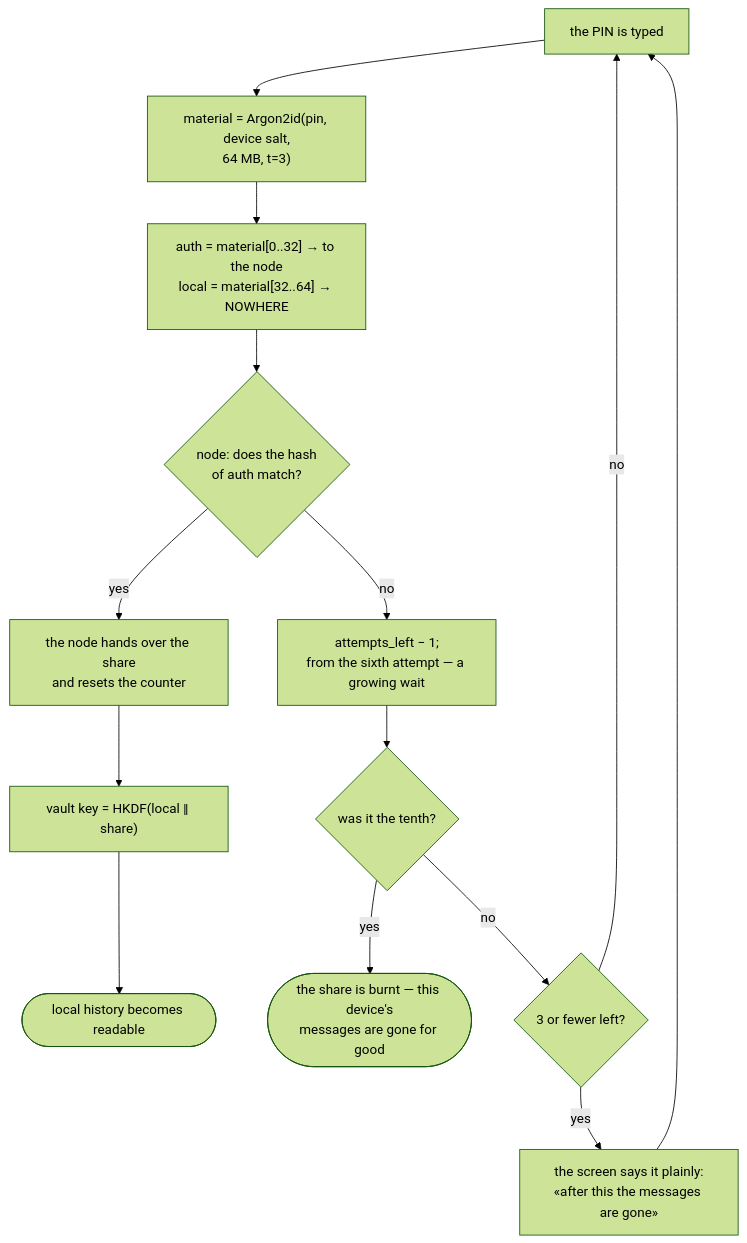
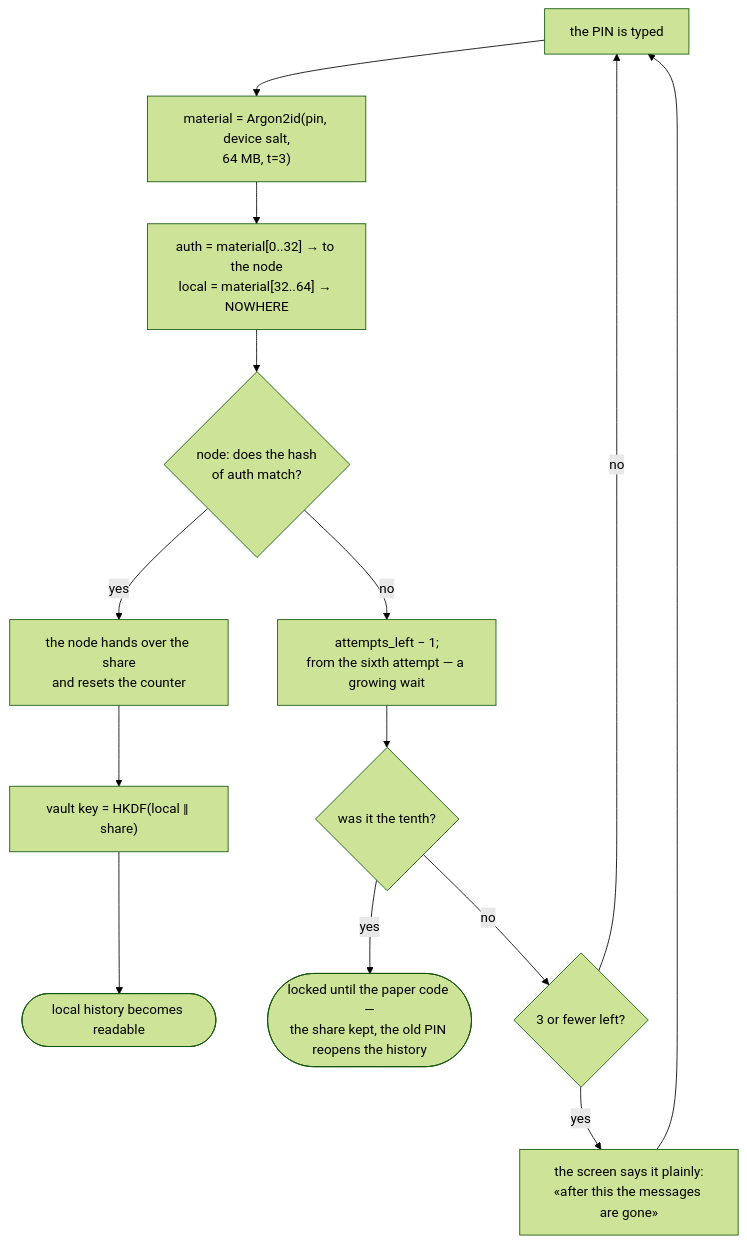
One commit to panov-id/xor.ad changed the third of 30 diagrams in docs/chat-flows_EN.md. Above: the diagram before and after it, drawn with Mermaid (forest theme). The commit also changed other lines of this file and 16 other files, not shown here.

First line of the commit message:
Lock instead of burning on the tenth PIN mistake, make the attempt one locked transaction, record why a session froze, take everything live down on the lock, cap support from a frozen session, and say the recovery pause renews under attack

````diff
--- a/docs/chat-flows_EN.md
+++ b/docs/chat-flows_EN.md
@@ -96,16 +96,16 @@
 ```mermaid
 flowchart TD
   pin["the PIN is typed"] --> argon["material = Argon2id#40;pin, device salt,<br/>64 MB, t=3#41;"]
   argon --> split["auth = material[0..32] → to the node<br/>local = material[32..64] → NOWHERE"]
   split --> check{"node: does the hash<br/>of auth match?"}
   check -- "yes" --> give["the node hands over the share<br/>and resets the counter"]
   give --> key["vault key = HKDF#40;local ‖ share#41;"]
   key --> open(["local history becomes readable"])
   check -- "no" --> dec["attempts_left − 1;<br/>from the sixth attempt — a growing wait"]
   dec --> burn{"was it the tenth?"}
-  burn -- "yes" --> dead(["the share is burnt — this device's<br/>messages are gone for good"])
+  burn -- "yes" --> dead(["locked until the paper code —<br/>the share kept, the old PIN reopens the history"])
   burn -- "no" --> warn{"3 or fewer left?"}
   warn -- "yes" --> say["the screen says it plainly:<br/>«after this the messages are gone»"]
   warn -- "no" --> pin
   say --> pin
 ```
````
